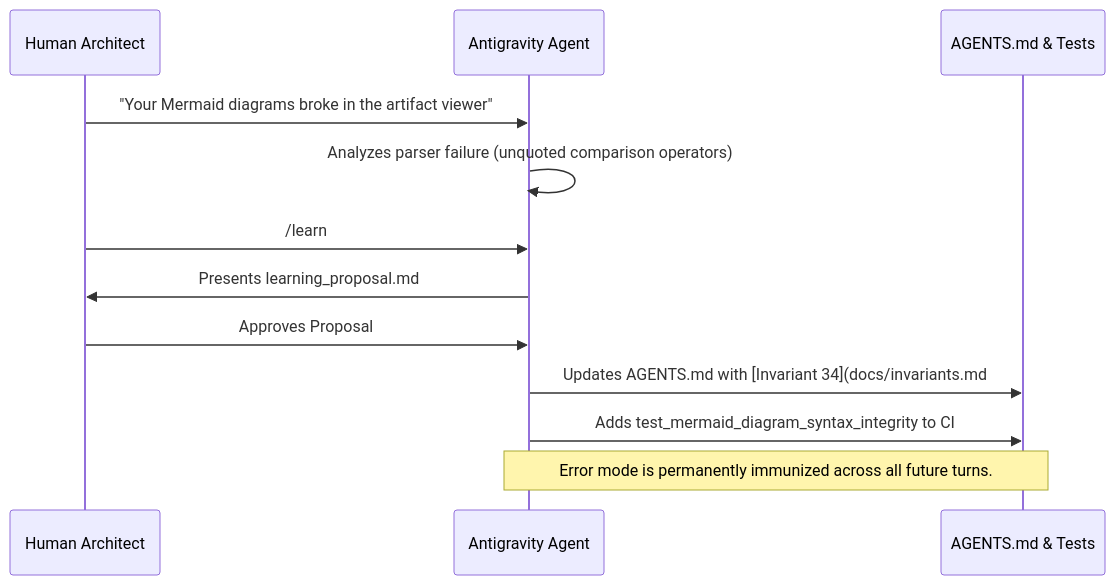
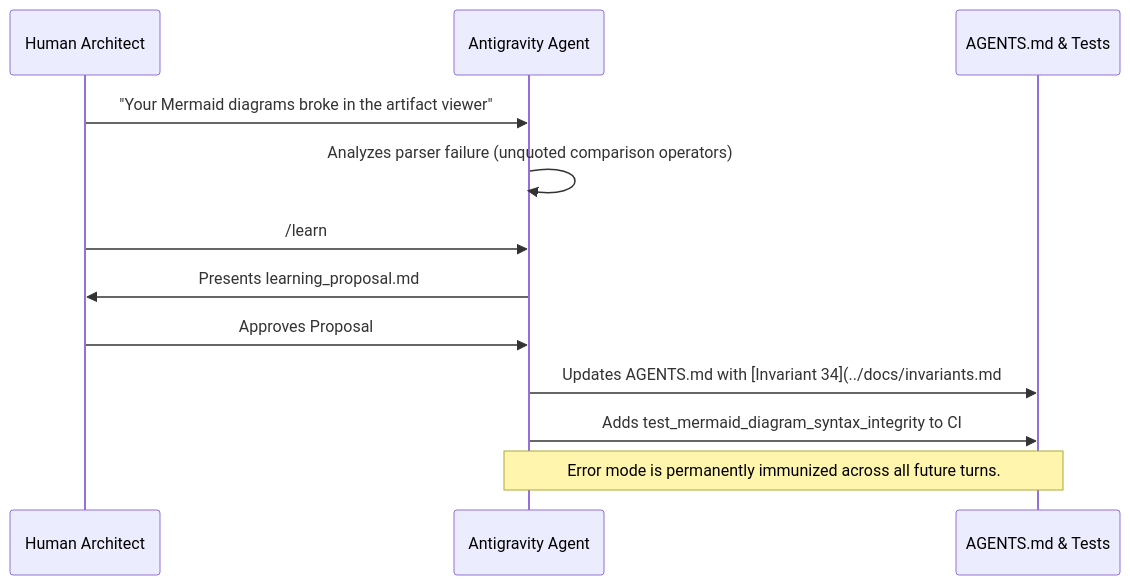
Before and after one commit to artibyrd/credence-docs: the second of 3 diagrams in blog/architecting-sovereign-ai-with-google-antigravity.md, drawn with Mermaid. The commit also changed other lines of this file and 40 other files, not shown here.

````diff
--- a/blog/architecting-sovereign-ai-with-google-antigravity.md
+++ b/blog/architecting-sovereign-ai-with-google-antigravity.md
@@ -56,15 +56,15 @@
 ```mermaid
 sequenceDiagram
     participant Architect as Human Architect
     participant Agent as Antigravity Agent
     participant Invariants as AGENTS.md & Tests
     
     Architect->>Agent: "Your Mermaid diagrams broke in the artifact viewer"
     Agent->>Agent: Analyzes parser failure (unquoted comparison operators)
     Architect->>Agent: /learn
     Agent->>Architect: Presents learning_proposal.md
     Architect->>Agent: Approves Proposal
-    Agent->>Invariants: Updates AGENTS.md with [Invariant 34](docs/invariants.md#invariant-34)
+    Agent->>Invariants: Updates AGENTS.md with [Invariant 34](../docs/invariants.md#invariant-34)
     Agent->>Invariants: Adds test_mermaid_diagram_syntax_integrity to CI
     Note over Agent,Invariants: Error mode is permanently immunized across all future turns.
 ```
````
